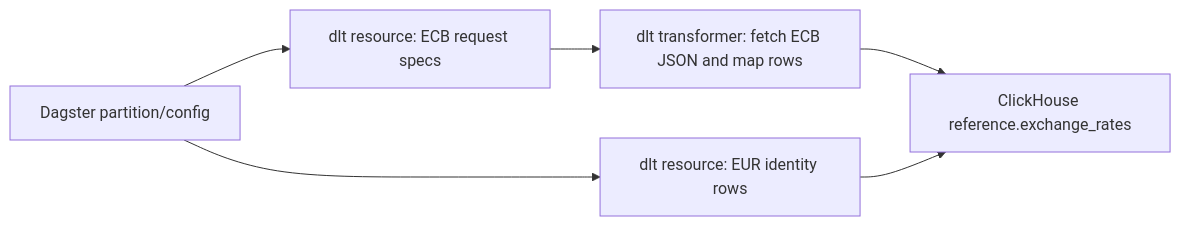
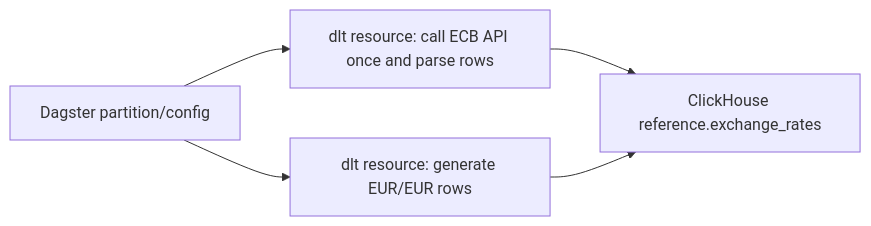
Before and after one commit to pulsarpoint/companycollect: the diagram in corpscout/dagster_v3/docs/superpowers/specs/2026-06-17-exchange-rates-dlt-transformer-design.md, drawn with Mermaid. The commit also changed other lines of this file, not shown here.

Commit message:
docs: update exchange rate direct dlt resource design

````diff
--- a/corpscout/dagster_v3/docs/superpowers/specs/2026-06-17-exchange-rates-dlt-transformer-design.md
+++ b/corpscout/dagster_v3/docs/superpowers/specs/2026-06-17-exchange-rates-dlt-transformer-design.md
@@ -36,14 +32,12 @@
 ```mermaid
 flowchart LR
     dagster["Dagster partition/config"]
-    specs["dlt resource: ECB request specs"]
-    transformer["dlt transformer: fetch ECB JSON and map rows"]
-    identity["dlt resource: EUR identity rows"]
+    ecb["dlt resource: call ECB API once and parse rows"]
+    identity["dlt resource: generate EUR/EUR rows"]
     clickhouse["ClickHouse reference.exchange_rates"]
 
-    dagster --> specs
-    specs --> transformer
+    dagster --> ecb
     dagster --> identity
-    transformer --> clickhouse
+    ecb --> clickhouse
     identity --> clickhouse
 ```
````
